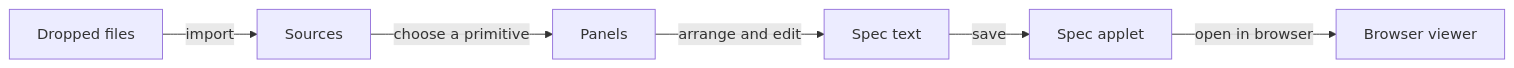
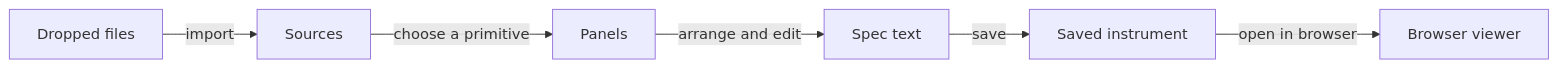
The diagram in docs/builder/index.md (AhmedKhan-GH/caliper), drawn with Mermaid before and after one commit. The commit also changed other lines of this file and 87 other files, not shown here.

First line of the commit message:
Docs: rename applet to instrument across docs site and root markdown

````diff
--- a/docs/builder/index.md
+++ b/docs/builder/index.md
@@ -15,8 +15,8 @@
 ```mermaid
 flowchart LR
     files[Dropped files] -->|import| sources[Sources]
     sources -->|choose a primitive| panels[Panels]
     panels -->|arrange and edit| spec[Spec text]
-    spec -->|save| applet[Spec applet]
-    applet -->|open in browser| viewer[Browser viewer]
+    spec -->|save| instrument[Saved instrument]
+    instrument -->|open in browser| viewer[Browser viewer]
 ```
````
